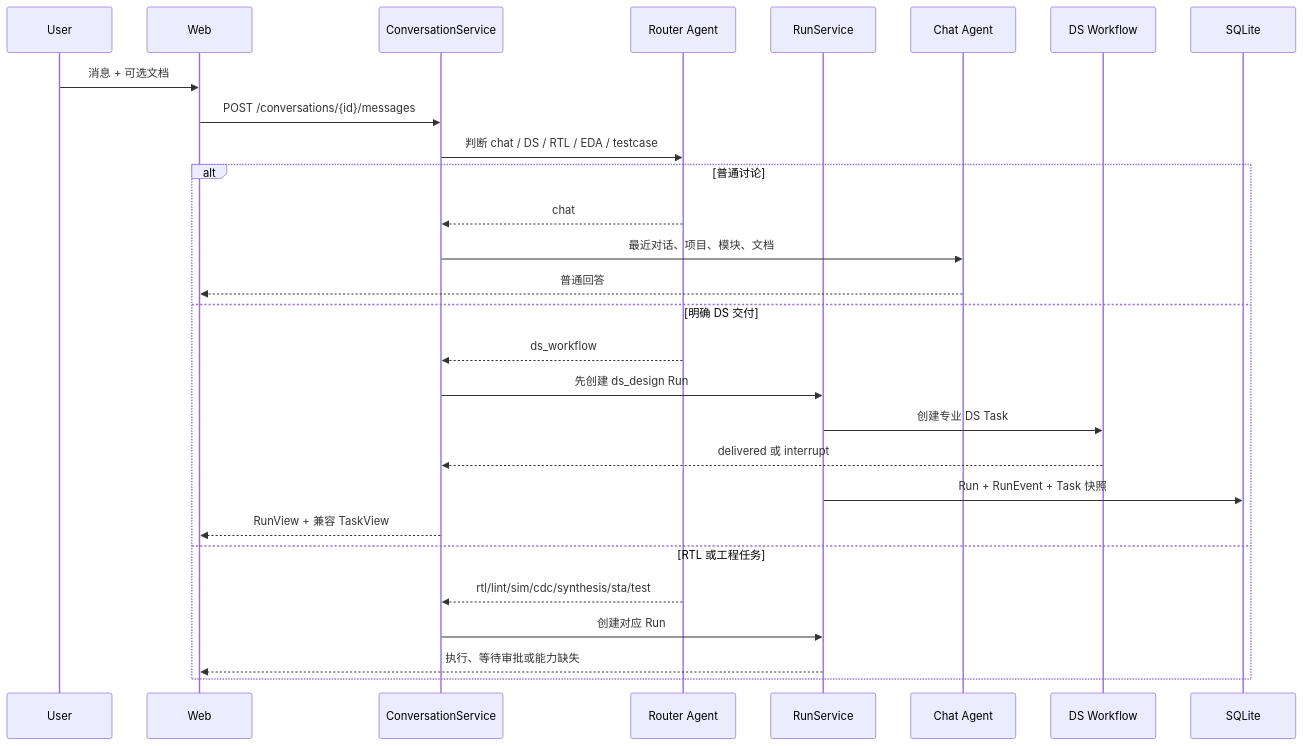
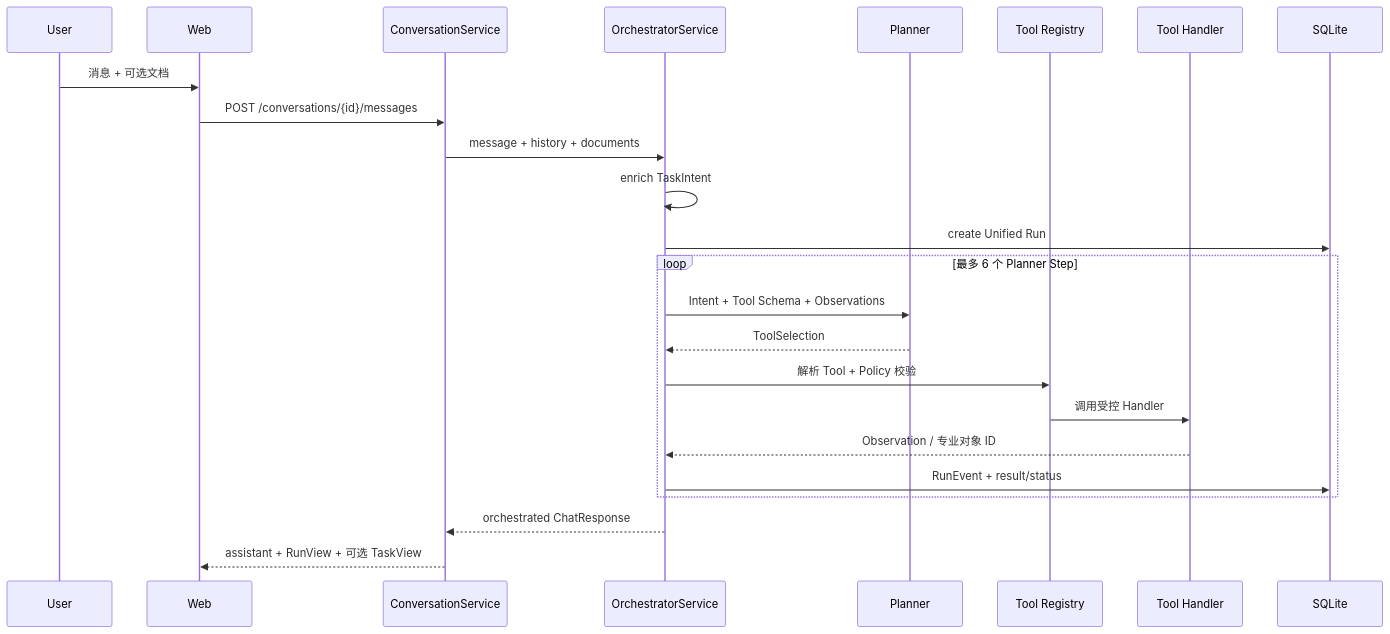
The first of 8 diagrams in docs/runtime-flow.md (yaowensial-g/chipDesignAgent), drawn with Mermaid before and after one commit. The commit also changed other lines of this file and 9 other files, not shown here.

Commit message:
Refresh architecture documentation and context diagrams

````diff
--- a/docs/runtime-flow.md
+++ b/docs/runtime-flow.md
@@ -28,30 +28,26 @@
 ```mermaid
 sequenceDiagram
     participant U as User
     participant W as Web
     participant C as ConversationService
-    participant R as Router Agent
-    participant RS as RunService
-    participant A as Chat Agent
-    participant G as DS Workflow
+    participant O as OrchestratorService
+    participant P as Planner
+    participant T as Tool Registry
+    participant E as Tool Handler
     participant DB as SQLite
     U->>W: 消息 + 可选文档
     W->>C: POST /conversations/{id}/messages
-    C->>R: 判断 chat / DS / RTL / EDA / testcase
-    alt 普通讨论
-        R-->>C: chat
-        C->>A: 最近对话、项目、模块、文档
-        A-->>W: 普通回答
-    else 明确 DS 交付
-        R-->>C: ds_workflow
-        C->>RS: 先创建 ds_design Run
-        RS->>G: 创建专业 DS Task
-        G-->>C: delivered 或 interrupt
-        RS->>DB: Run + RunEvent + Task 快照
-        C-->>W: RunView + 兼容 TaskView
-    else RTL 或工程任务
-        R-->>C: rtl/lint/sim/cdc/synthesis/sta/test
-        C->>RS: 创建对应 Run
-        RS-->>W: 执行、等待审批或能力缺失
+    C->>O: message + history + documents
+    O->>O: enrich TaskIntent
+    O->>DB: create Unified Run
+    loop 最多 6 个 Planner Step
+        O->>P: Intent + Tool Schema + Observations
+        P-->>O: ToolSelection
+        O->>T: 解析 Tool + Policy 校验
+        T->>E: 调用受控 Handler
+        E-->>O: Observation / 专业对象 ID
+        O->>DB: RunEvent + result/status
     end
+    O-->>C: orchestrated ChatResponse
+    C-->>W: assistant + RunView + 可选 TaskView
 ```
````
